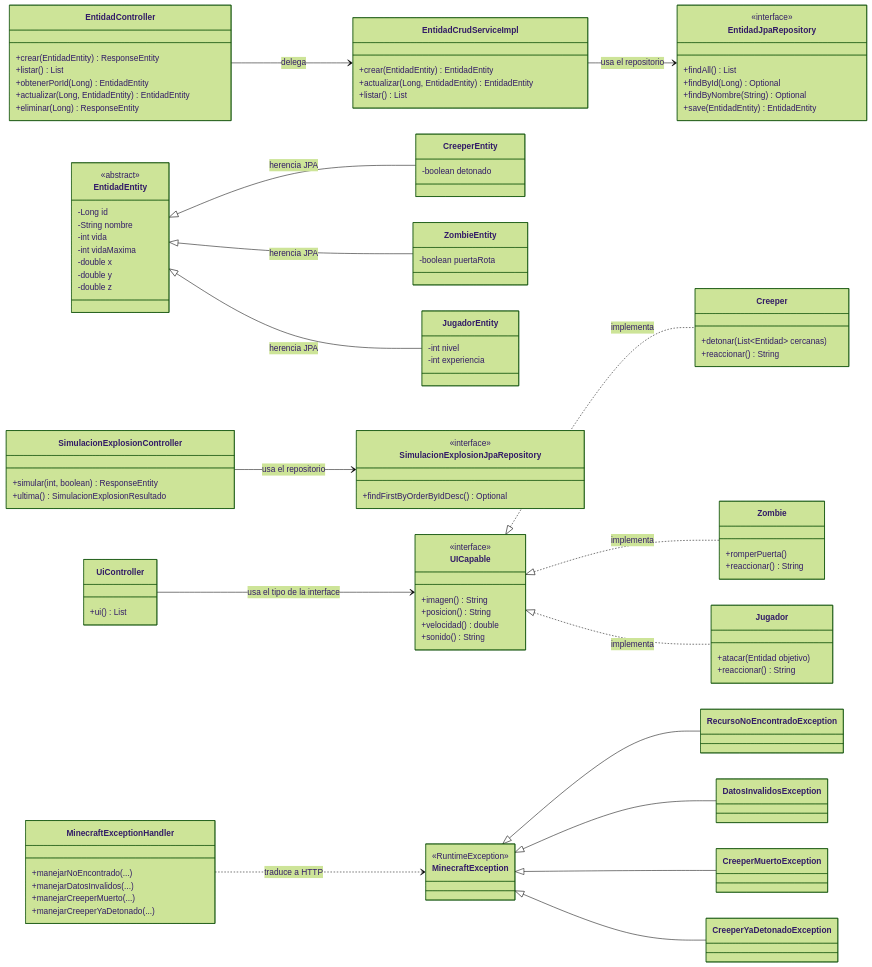
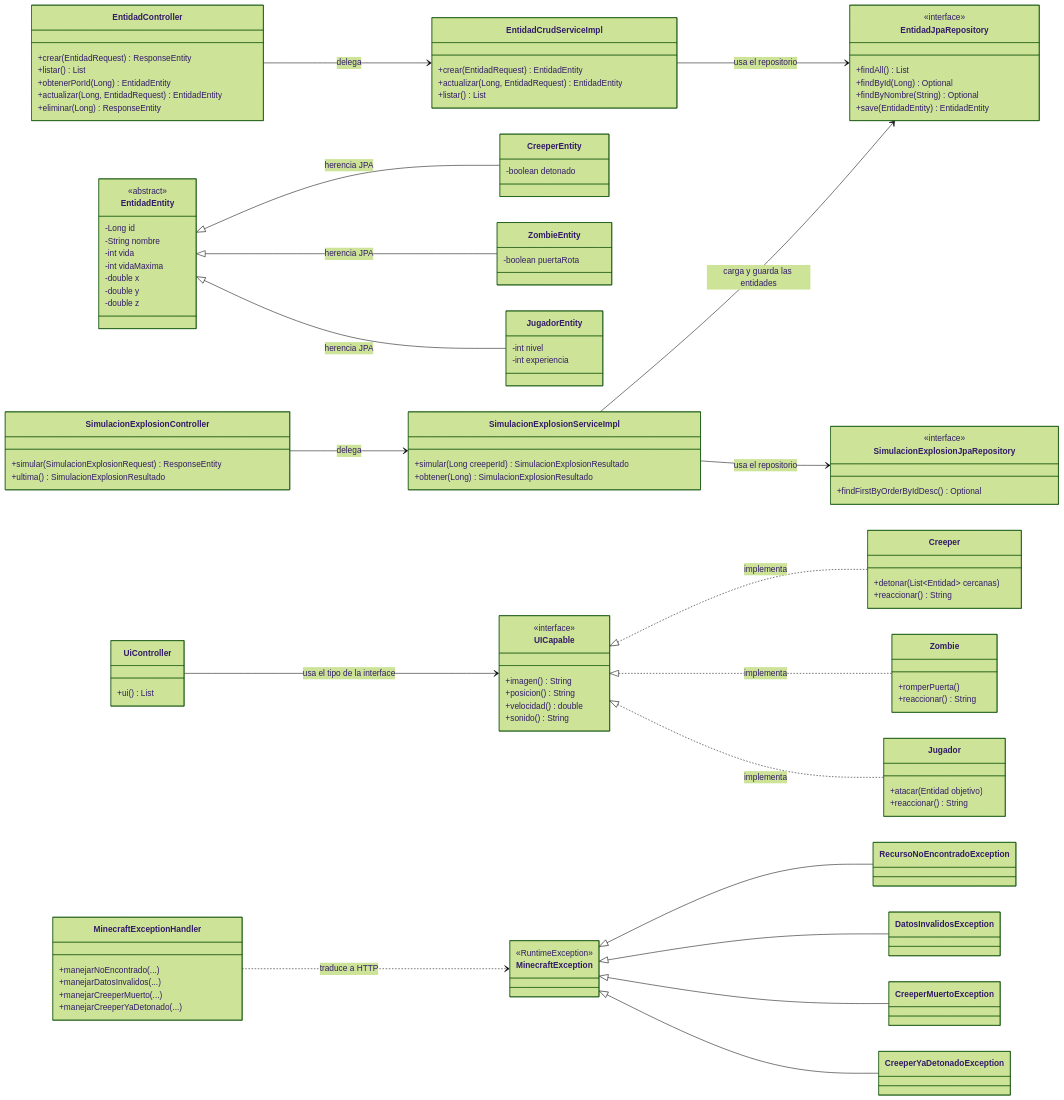
The second of 2 diagrams in README.md (CeciBasu/clbasualdo-taller-git-2026), drawn with Mermaid (forest theme) before and after one commit. The commit also changed other lines of this file and 61 other files, not shown here.

```diff
--- a/README.md
+++ b/README.md
@@ -482,19 +500,19 @@
         +findFirstByOrderByIdDesc() Optional
     }
     class EntidadCrudServiceImpl {
-        +crear(EntidadEntity) EntidadEntity
-        +actualizar(Long, EntidadEntity) EntidadEntity
+        +crear(EntidadRequest) EntidadEntity
+        +actualizar(Long, EntidadRequest) EntidadEntity
         +listar() List
     }
     class EntidadController {
-        +crear(EntidadEntity) ResponseEntity
+        +crear(EntidadRequest) ResponseEntity
         +listar() List
         +obtenerPorId(Long) EntidadEntity
-        +actualizar(Long, EntidadEntity) EntidadEntity
+        +actualizar(Long, EntidadRequest) EntidadEntity
         +eliminar(Long) ResponseEntity
     }
     class SimulacionExplosionController {
-        +simular(int, boolean) ResponseEntity
+        +simular(SimulacionExplosionRequest) ResponseEntity
         +ultima() SimulacionExplosionResultado
     }
     class UiController {
@@ -503,7 +521,13 @@
 
     EntidadController --> EntidadCrudServiceImpl : delega
     EntidadCrudServiceImpl --> EntidadJpaRepository : usa el repositorio
-    SimulacionExplosionController --> SimulacionExplosionJpaRepository : usa el repositorio
+    class SimulacionExplosionServiceImpl {
+        +simular(Long creeperId) SimulacionExplosionResultado
+        +obtener(Long) SimulacionExplosionResultado
+    }
+    SimulacionExplosionController --> SimulacionExplosionServiceImpl : delega
+    SimulacionExplosionServiceImpl --> SimulacionExplosionJpaRepository : usa el repositorio
+    SimulacionExplosionServiceImpl --> EntidadJpaRepository : carga y guarda las entidades
     UiController --> UICapable : usa el tipo de la interface
 
     class MinecraftException {
```
